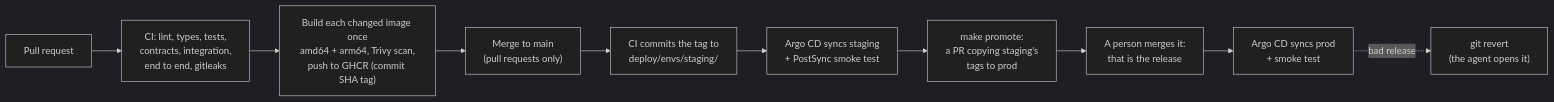
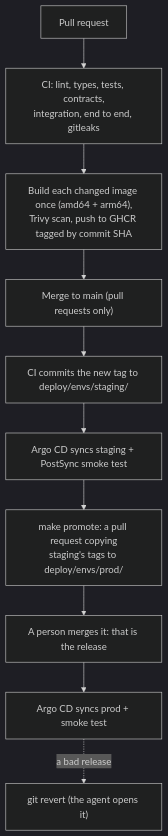
One commit to Kaizer-1/CircuitBreaker changed the sixth of 6 diagrams in README.md. Above: the diagram before and after it, drawn with Mermaid (dark theme). The commit also changed other lines of this file, not shown here.

Commit message:
docs(readme): the agent's loop and the release flow top to bottom, readable in GitHub's column

````diff
--- a/README.md
+++ b/README.md
@@ -313,12 +312,12 @@
 ```mermaid
-flowchart LR
-    PR["Pull request"] --> CI["CI: lint, types, tests,<br/>contracts, integration,<br/>end to end, gitleaks"]
-    CI --> IMG["Build each changed image once<br/>amd64 + arm64, Trivy scan,<br/>push to GHCR (commit SHA tag)"]
-    IMG --> M["Merge to main<br/>(pull requests only)"]
-    M --> ST["CI commits the tag to<br/>deploy/envs/staging/"]
-    ST --> A1["Argo CD syncs staging<br/>+ PostSync smoke test"]
-    A1 --> PRM["make promote:<br/>a PR copying staging's<br/>tags to prod"]
-    PRM --> H["A person merges it:<br/>that is the release"]
-    H --> A2["Argo CD syncs prod<br/>+ smoke test"]
-    A2 -. "bad release" .-> RV["git revert<br/>(the agent opens it)"]
+flowchart TB
+    PR["Pull request"] --> CI["CI: lint, types, tests, contracts,<br/>integration, end to end, gitleaks"]
+    CI --> IMG["Build each changed image once (amd64 + arm64),<br/>Trivy scan, push to GHCR tagged by commit SHA"]
+    IMG --> M["Merge to main (pull requests only)"]
+    M --> ST["CI commits the new tag to deploy/envs/staging/"]
+    ST --> A1["Argo CD syncs staging + PostSync smoke test"]
+    A1 --> PRM["make promote: a pull request copying<br/>staging's tags to deploy/envs/prod/"]
+    PRM --> H["A person merges it: that is the release"]
+    H --> A2["Argo CD syncs prod + smoke test"]
+    A2 -. "a bad release" .-> RV["git revert (the agent opens it)"]
 ```
````
